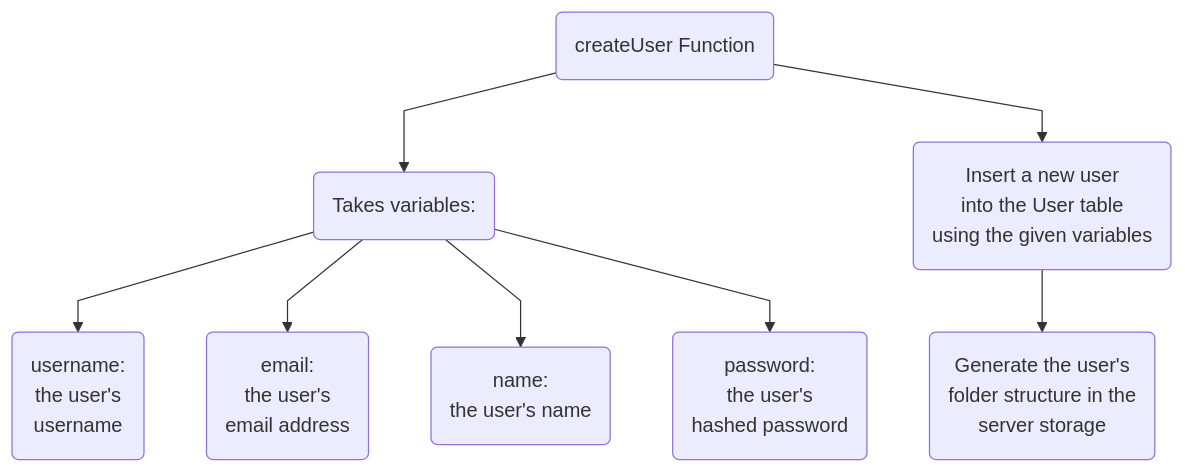
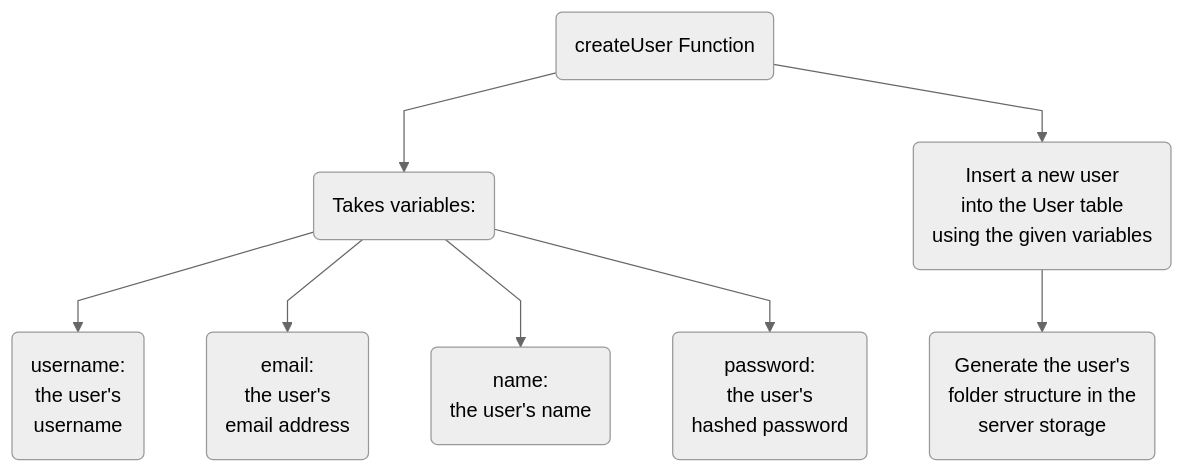
One commit to tomgxz/Kraken changed diagram 15 of 20 in README.md. Above: the diagram before and after it, drawn with Mermaid. The commit also changed other lines of this file and 1 other file, not shown here.

Commit message:
Switched light to neutral

````diff
--- a/README.md
+++ b/README.md
@@ -799,8 +801,8 @@
   ```mermaid
   %%{init: {'theme':'dark', 'flowchart': {'curve': 'linear'},'themeVariables':{'fontFamily':'Lexend,Noto Sans,Helvetica,Arial'}}}%%
-  %%{init: {'theme':'light', 'flowchart': {'curve': 'linear'},'themeVariables':{'fontFamily':'Lexend,Noto Sans,Helvetica,Arial'}}}%%
+  %%{init: {'theme':'neutral', 'flowchart': {'curve': 'linear'},'themeVariables':{'fontFamily':'Lexend,Noto Sans,Helvetica,Arial'}}}%%
 
   graph TD
     A(createUser Function) --> B("Takes variables:") --> a("username:\n the user's\n username") & b("email:\n the user's\n email address") & c("name:\n the user's name") & d("password:\n the user's\n hashed password")
     A --> C("Insert a new user\n into the User table\n using the given variables") --> D("Generate the user's\n folder structure in the\n server storage")
   ```
````
